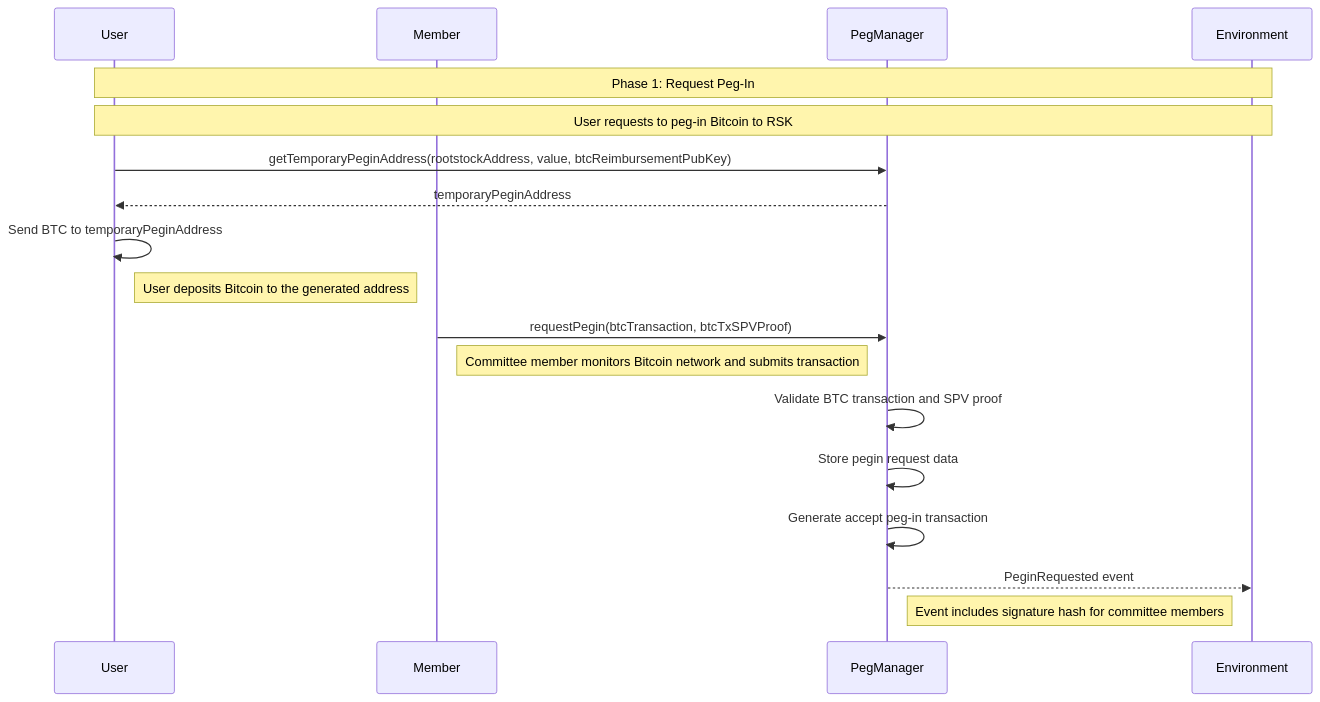
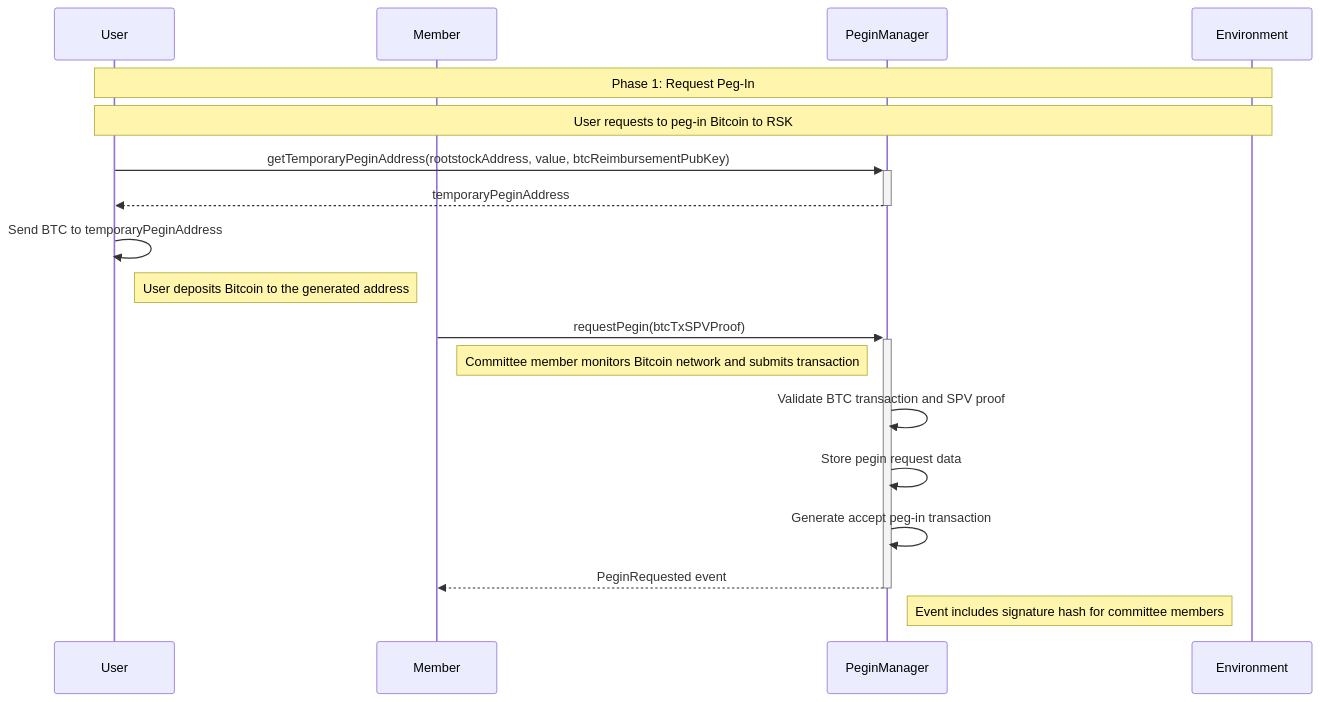
The fifth of 12 diagrams in docs/src/README.md (rsksmart/union-bridge-contracts), drawn with Mermaid before and after one commit. The commit also changed other lines of this file and 95 other files, not shown here.

````diff
--- a/docs/src/README.md
+++ b/docs/src/README.md
@@ -168,24 +449,24 @@
 ```mermaid
 sequenceDiagram
     participant U as User
     participant M as Member
-    participant PM as PegManager
+    participant PIM as PeginManager
     participant ENV as Environment
 
     Note over U,ENV: Phase 1: Request Peg-In
     Note over U,ENV: User requests to peg-in Bitcoin to RSK
 
-    U->>PM: getTemporaryPeginAddress(rootstockAddress, value, btcReimbursementPubKey)
-    PM-->>U: temporaryPeginAddress
+    U->>+PIM: getTemporaryPeginAddress(rootstockAddress, value, btcReimbursementPubKey)
+    PIM-->>-U: temporaryPeginAddress
 
     U->>U: Send BTC to temporaryPeginAddress
     Note right of U: User deposits Bitcoin to the generated address
 
-    M->>PM: requestPegin(btcTransaction, btcTxSPVProof)
+    M->>+PIM: requestPegin(btcTxSPVProof)
     Note right of M: Committee member monitors Bitcoin network and submits transaction
-    PM->>PM: Validate BTC transaction and SPV proof
-    PM->>PM: Store pegin request data
-    PM->>PM: Generate accept peg-in transaction
-    PM-->>ENV: PeginRequested event
-    Note right of PM: Event includes signature hash for committee members
+    PIM->>PIM: Validate BTC transaction and SPV proof
+    PIM->>PIM: Store pegin request data
+    PIM->>PIM: Generate accept peg-in transaction
+    PIM-->>-M: PeginRequested event
+    Note right of PIM: Event includes signature hash for committee members
 ```
````
